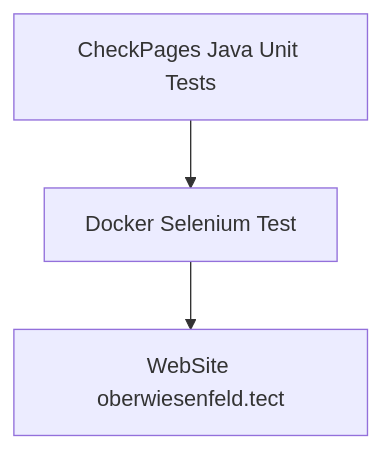
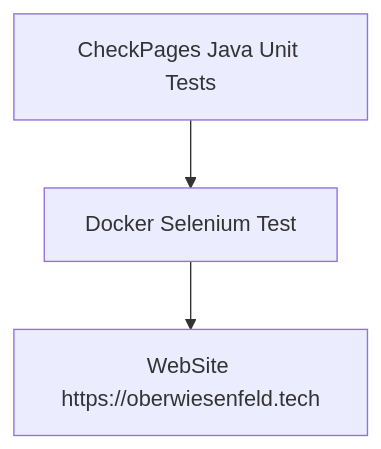
The diagram in README.md (oberwiesenfeld/checkpages-oberwiesenfeld-tech), drawn with Mermaid before and after one commit.

````diff
--- a/README.md
+++ b/README.md
@@ -12,5 +12,5 @@
 ```mermaid
 graph TD;
 A[CheckPages Java Unit Tests] --> B[Docker Selenium Test]
-B --> C[WebSite oberwiesenfeld.tect]
+B --> C[WebSite https://oberwiesenfeld.tech]
 ```
````
